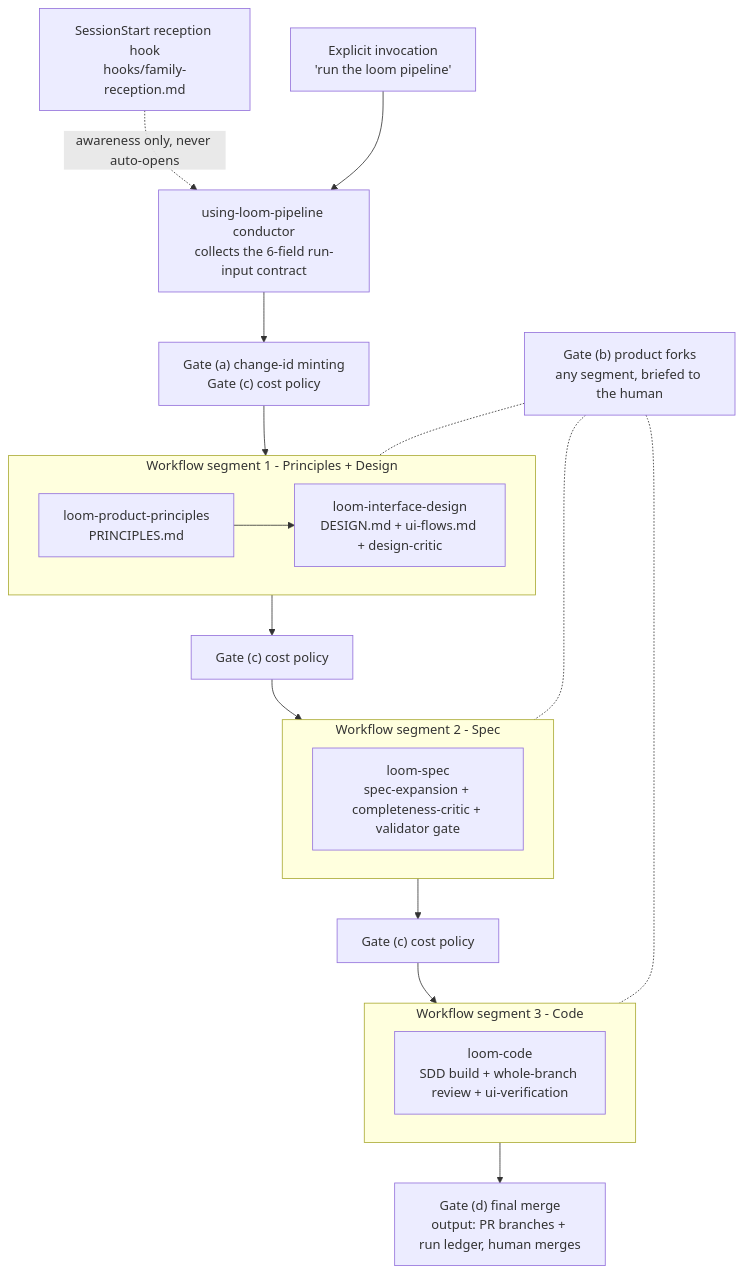
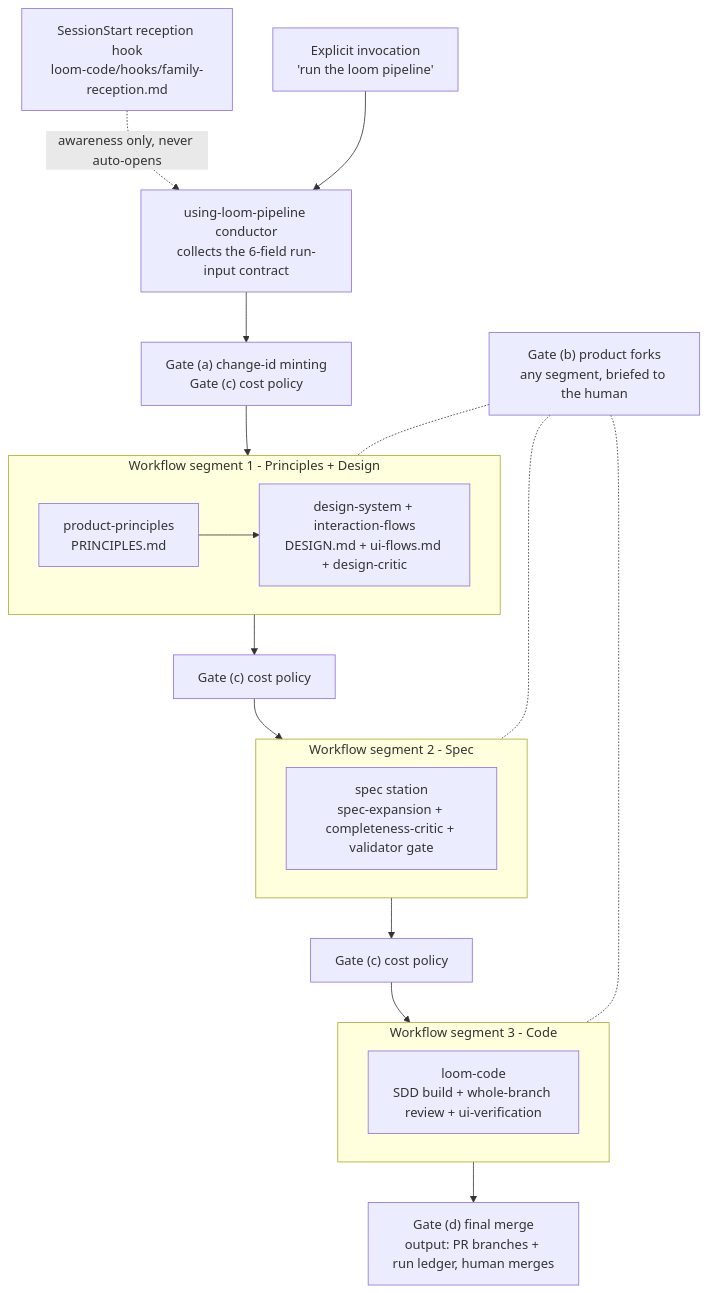
One commit to kouko/monkey-skills changed the diagram in loom-design/README.md. Above: the diagram before and after it, drawn with Mermaid. The commit also changed other lines of this file and 62 other files, not shown here.

````diff
--- a/loom-design/README.md
+++ b/loom-design/README.md
@@ -51,21 +56,21 @@
 ```mermaid
 flowchart TD
-    RH["SessionStart reception hook<br/>hooks/family-reception.md"] -.->|awareness only, never auto-opens| CON
+    RH["SessionStart reception hook<br/>loom-code/hooks/family-reception.md"] -.->|awareness only, never auto-opens| CON
     INV["Explicit invocation<br/>'run the loom pipeline'"] --> CON
     CON["using-loom-pipeline conductor<br/>collects the 6-field run-input contract"]
     CON --> GAC["Gate (a) change-id minting<br/>Gate (c) cost policy"]
     GAC --> SEG1
     subgraph SEG1["Workflow segment 1 - Principles + Design"]
-        PP["loom-product-principles<br/>PRINCIPLES.md"] --> IXD["loom-interface-design<br/>DESIGN.md + ui-flows.md + design-critic"]
+        PP["product-principles<br/>PRINCIPLES.md"] --> IXD["design-system + interaction-flows<br/>DESIGN.md + ui-flows.md + design-critic"]
     end
     SEG1 --> GC2["Gate (c) cost policy"] --> SEG2
     subgraph SEG2["Workflow segment 2 - Spec"]
-        SPC["loom-spec<br/>spec-expansion + completeness-critic + validator gate"]
+        SPC["spec station<br/>spec-expansion + completeness-critic + validator gate"]
     end
     SEG2 --> GC3["Gate (c) cost policy"] --> SEG3
     subgraph SEG3["Workflow segment 3 - Code"]
         CODE["loom-code<br/>SDD build + whole-branch review + ui-verification"]
     end
     SEG3 --> GD["Gate (d) final merge<br/>output: PR branches + run ledger, human merges"]
     GB["Gate (b) product forks<br/>any segment, briefed to the human"] -.- SEG1 & SEG2 & SEG3
 ```
````
